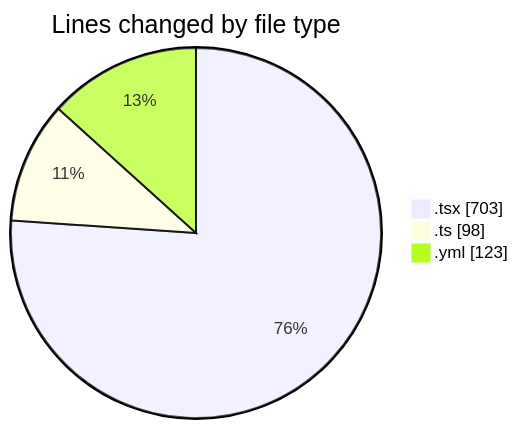
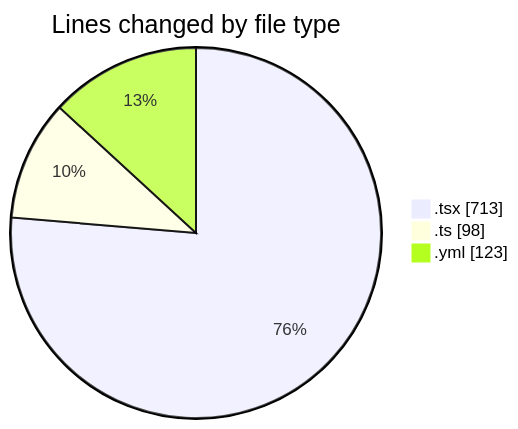
Before and after one commit to julien-gomy/code-tracking: the first of 2 diagrams in 2025-10-17/eventscop-frontend-guide__workspace_/README.md, drawn with Mermaid. The commit also changed other lines of this file and 1 other file, not shown here.

````diff
--- a/2025-10-17/eventscop-frontend-guide__workspace_/README.md
+++ b/2025-10-17/eventscop-frontend-guide__workspace_/README.md
@@ -27,7 +27,7 @@
 ```mermaid
 pie showData
 title Lines changed by file type
-".tsx" : 703
+".tsx" : 713
 ".ts" : 98
 ".yml" : 123
 ```
````
